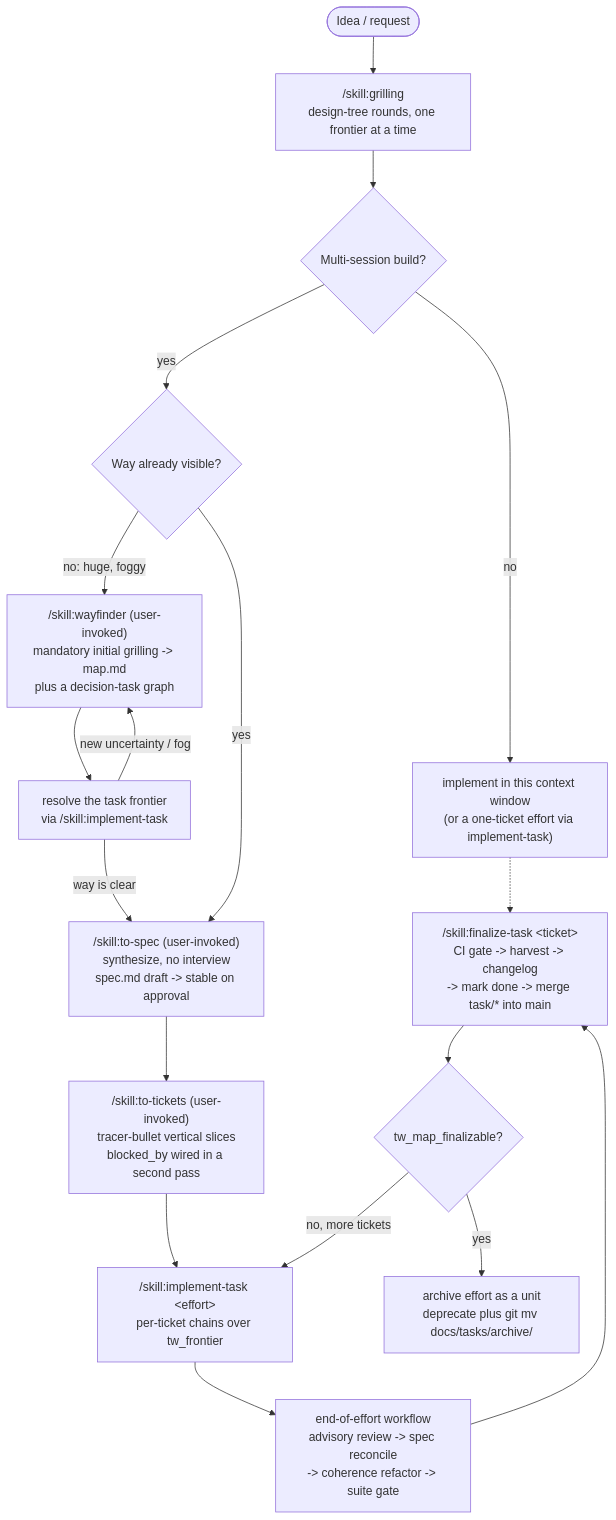
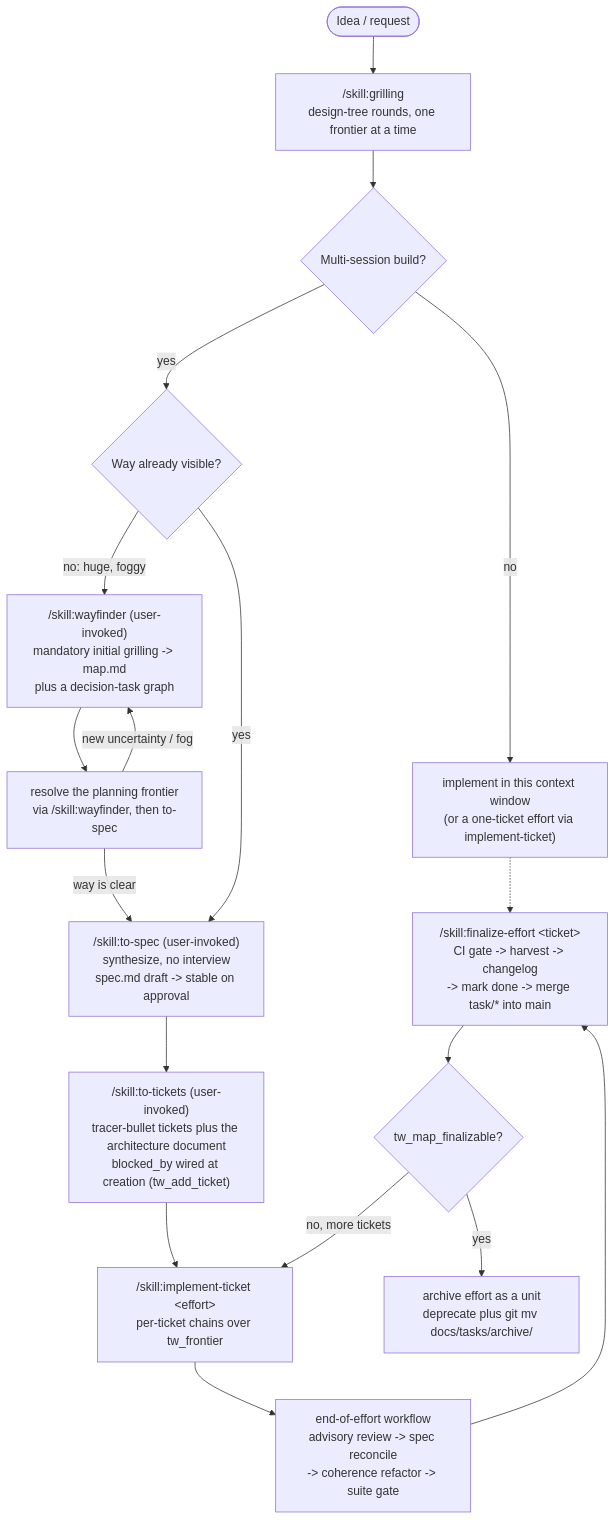
One commit to Y4shin/skills changed the first of 4 diagrams in docs/workflow-flows.md. Above: the diagram before and after it, drawn with Mermaid. The commit also changed other lines of this file and 45 other files, not shown here.

Commit message:
wip: implement-ticket-skill model-invoked skill opens through tw_open; missing or unstable architecture refused, never drafted

````diff
--- a/docs/workflow-flows.md
+++ b/docs/workflow-flows.md
@@ -57,24 +59,24 @@
 ```mermaid
 flowchart TD
     IDEA(["Idea / request"]) --> GRILL["/skill:grilling<br/>design-tree rounds, one frontier at a time"]
     GRILL --> SCOPE{"Multi-session build?"}
-    SCOPE -- "no" --> SOLO["implement in this context window<br/>(or a one-ticket effort via implement-task)"]
+    SCOPE -- "no" --> SOLO["implement in this context window<br/>(or a one-ticket effort via implement-ticket)"]
 
     SCOPE -- "yes" --> KNOWN{"Way already visible?"}
 
     KNOWN -- "no: huge, foggy" --> WF["/skill:wayfinder (user-invoked)<br/>mandatory initial grilling -> map.md<br/>plus a decision-task graph"]
-    WF --> RES["resolve the task frontier<br/>via /skill:implement-task"]
+    WF --> RES["resolve the planning frontier<br/>via /skill:wayfinder, then to-spec"]
     RES -- "new uncertainty / fog" --> WF
     RES -- "way is clear" --> TS
 
     KNOWN -- "yes" --> TS["/skill:to-spec (user-invoked)<br/>synthesize, no interview<br/>spec.md draft -> stable on approval"]
-    TS --> TT["/skill:to-tickets (user-invoked)<br/>tracer-bullet vertical slices<br/>blocked_by wired in a second pass"]
-    TT --> IMPL["/skill:implement-task &lt;effort&gt;<br/>per-ticket chains over tw_frontier"]
+    TS --> TT["/skill:to-tickets (user-invoked)<br/>tracer-bullet tickets plus the architecture document<br/>blocked_by wired at creation (tw_add_ticket)"]
+    TT --> IMPL["/skill:implement-ticket &lt;effort&gt;<br/>per-ticket chains over tw_frontier"]
 
     SOLO -.-> FIN
     IMPL --> EOE["end-of-effort workflow<br/>advisory review -> spec reconcile<br/>-> coherence refactor -> suite gate"]
-    EOE --> FIN["/skill:finalize-task &lt;ticket&gt;<br/>CI gate -> harvest -> changelog<br/>-> mark done -> merge task/* into main"]
+    EOE --> FIN["/skill:finalize-effort &lt;ticket&gt;<br/>CI gate -> harvest -> changelog<br/>-> mark done -> merge task/* into main"]
     FIN --> MORE{"tw_map_finalizable?"}
     MORE -- "no, more tickets" --> IMPL
     MORE -- "yes" --> ARCH["archive effort as a unit<br/>deprecate plus git mv docs/tasks/archive/"]
 ```
````
